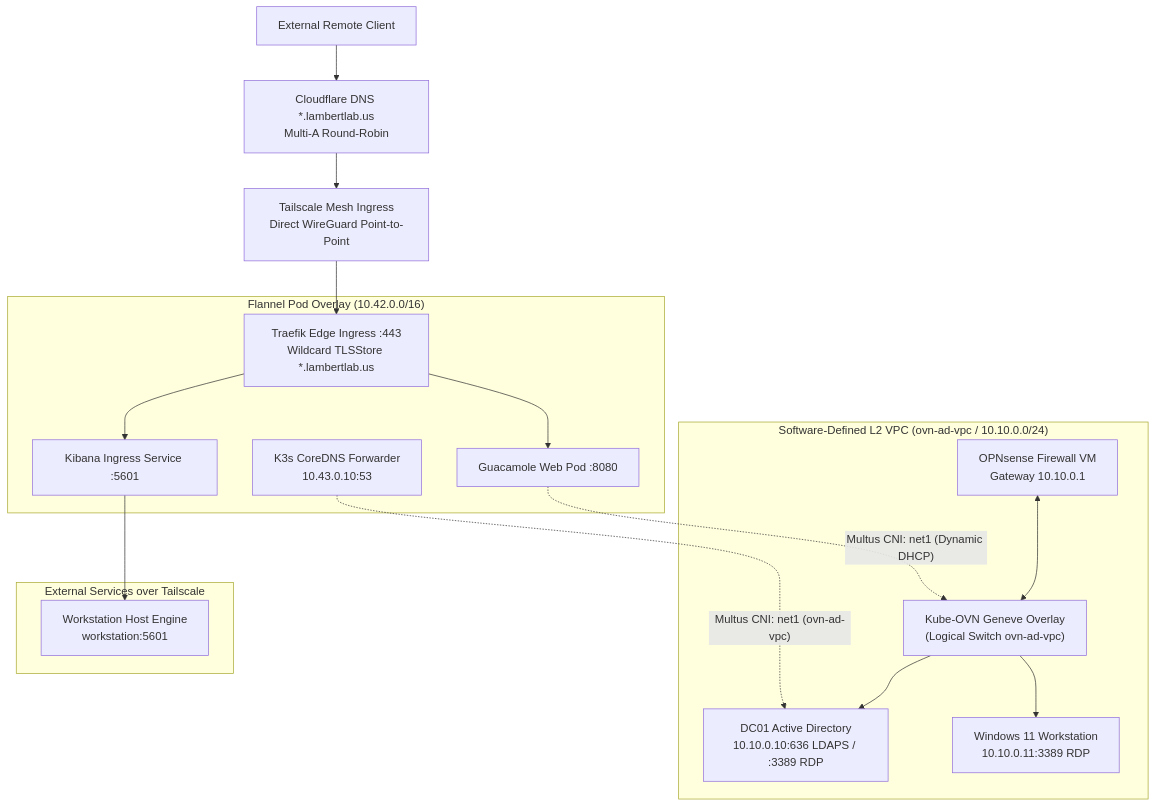
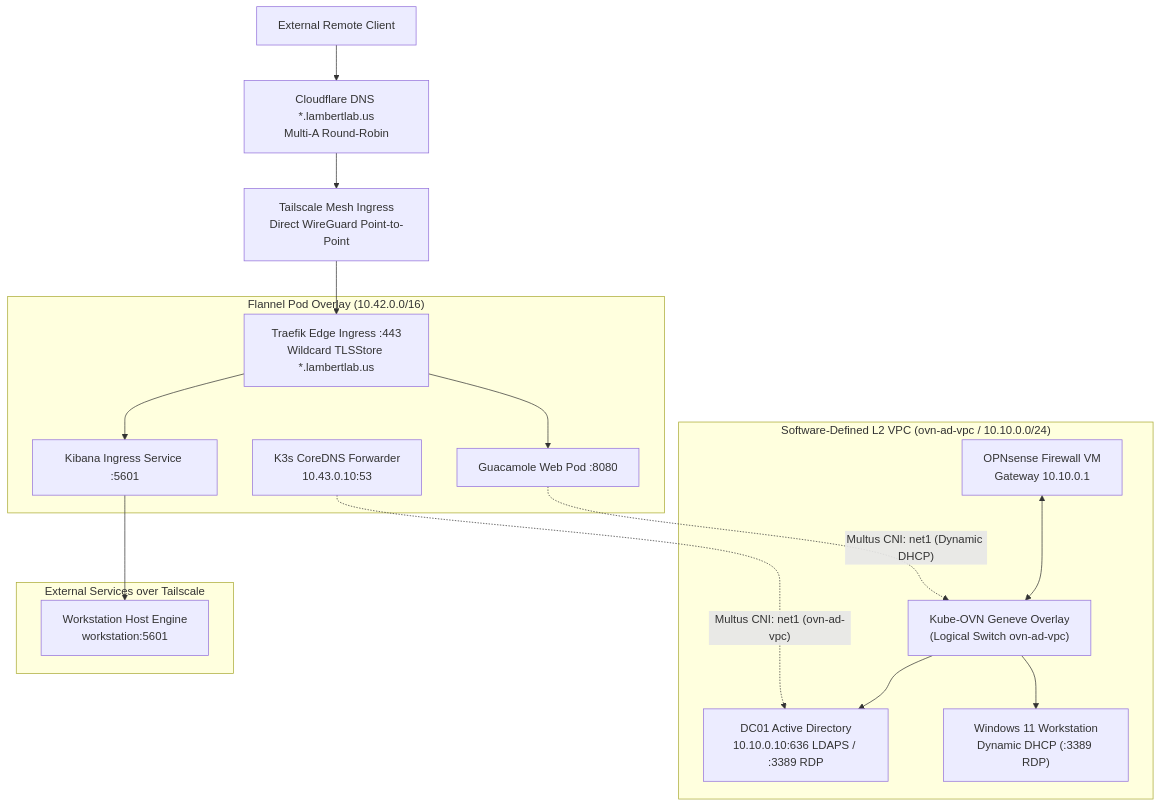
Before and after one commit to ChrisLambert03/homelab: the first of 2 diagrams in docs/architecture/networking.md, drawn with Mermaid. The commit also changed 4 other files, not shown here.

Commit message:
docs: clarify win11 dynamic DHCP lease across architecture diagrams and catalog

````diff
--- a/docs/architecture/networking.md
+++ b/docs/architecture/networking.md
@@ -9,25 +9,25 @@
 ```mermaid
 graph TD
     Client["External Remote Client"] --> CF["Cloudflare DNS *.lambertlab.us<br/>Multi-A Round-Robin"]
     CF --> TS["Tailscale Mesh Ingress<br/>Direct WireGuard Point-to-Point"]
     TS --> Traefik["Traefik Edge Ingress :443<br/>Wildcard TLSStore *.lambertlab.us"]
     
     subgraph Flannel["Flannel Pod Overlay (10.42.0.0/16)"]
         Traefik --> GuacPod["Guacamole Web Pod :8080"]
         Traefik --> KibanaPod["Kibana Ingress Service :5601"]
         CoreDNS["K3s CoreDNS Forwarder<br/>10.43.0.10:53"]
     end
     
     subgraph OVN["Software-Defined L2 VPC (ovn-ad-vpc / 10.10.0.0/24)"]
         OVNSwitch["Kube-OVN Geneve Overlay<br/>(Logical Switch ovn-ad-vpc)"]
         OPNsense["OPNsense Firewall VM<br/>Gateway 10.10.0.1"] <--> OVNSwitch
         GuacPod -.->|"Multus CNI: net1 (Dynamic DHCP)"| OVNSwitch
         OVNSwitch --> DC01["DC01 Active Directory<br/>10.10.0.10:636 LDAPS / :3389 RDP"]
-        OVNSwitch --> Win11["Windows 11 Workstation<br/>10.10.0.11:3389 RDP"]
+        OVNSwitch --> Win11["Windows 11 Workstation<br/>Dynamic DHCP (:3389 RDP)"]
         CoreDNS -.->|"Multus CNI: net1 (ovn-ad-vpc)"| DC01
     end
 
     subgraph External["External Services over Tailscale"]
         KibanaPod --> WorkstationNode["Workstation Host Engine<br/>workstation:5601"]
     end
 ```
````
